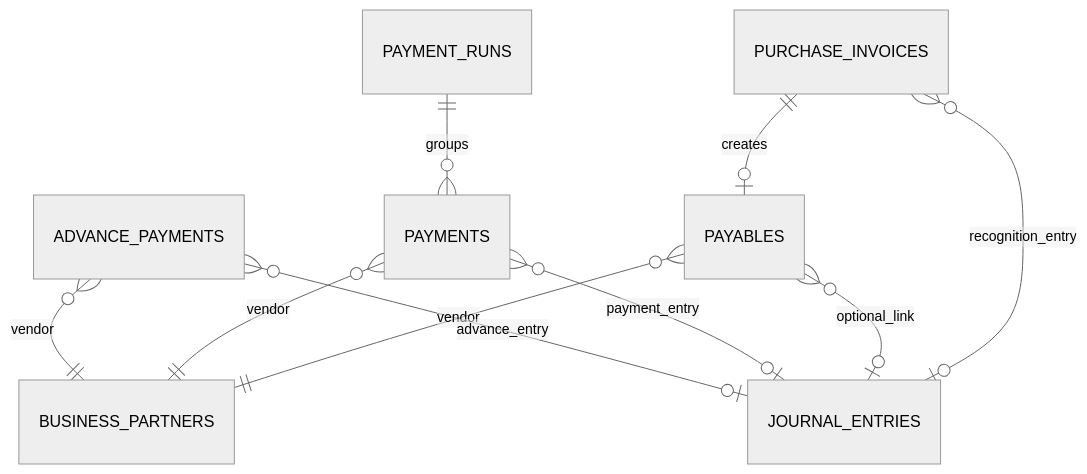
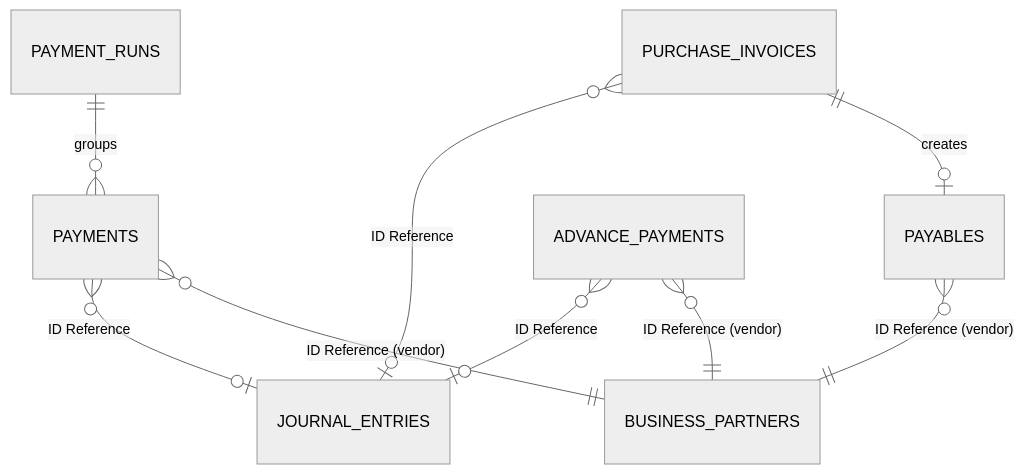
Before and after one commit to skyg547/account: the diagram in payable/docs/schema.md, drawn with Mermaid (neutral theme). The commit also changed other lines of this file and 94 other files, not shown here.

````diff
--- a/payable/docs/schema.md
+++ b/payable/docs/schema.md
@@ -5,12 +7,11 @@
 ```mermaid
 erDiagram
     PURCHASE_INVOICES ||--o| PAYABLES : creates
     PAYMENT_RUNS ||--o{ PAYMENTS : groups
-    PAYABLES }o--|| BUSINESS_PARTNERS : vendor
-    PAYMENTS }o--|| BUSINESS_PARTNERS : vendor
-    ADVANCE_PAYMENTS }o--|| BUSINESS_PARTNERS : vendor
-    PURCHASE_INVOICES }o--o| JOURNAL_ENTRIES : recognition_entry
-    PAYABLES }o--o| JOURNAL_ENTRIES : optional_link
-    PAYMENTS }o--o| JOURNAL_ENTRIES : payment_entry
-    ADVANCE_PAYMENTS }o--o| JOURNAL_ENTRIES : advance_entry
+    PAYABLES }o--|| BUSINESS_PARTNERS : "ID Reference (vendor)"
+    PAYMENTS }o--|| BUSINESS_PARTNERS : "ID Reference (vendor)"
+    ADVANCE_PAYMENTS }o--|| BUSINESS_PARTNERS : "ID Reference (vendor)"
+    PURCHASE_INVOICES }o--o| JOURNAL_ENTRIES : "ID Reference"
+    PAYMENTS }o--o| JOURNAL_ENTRIES : "ID Reference"
+    ADVANCE_PAYMENTS }o--o| JOURNAL_ENTRIES : "ID Reference"
 ```
````
